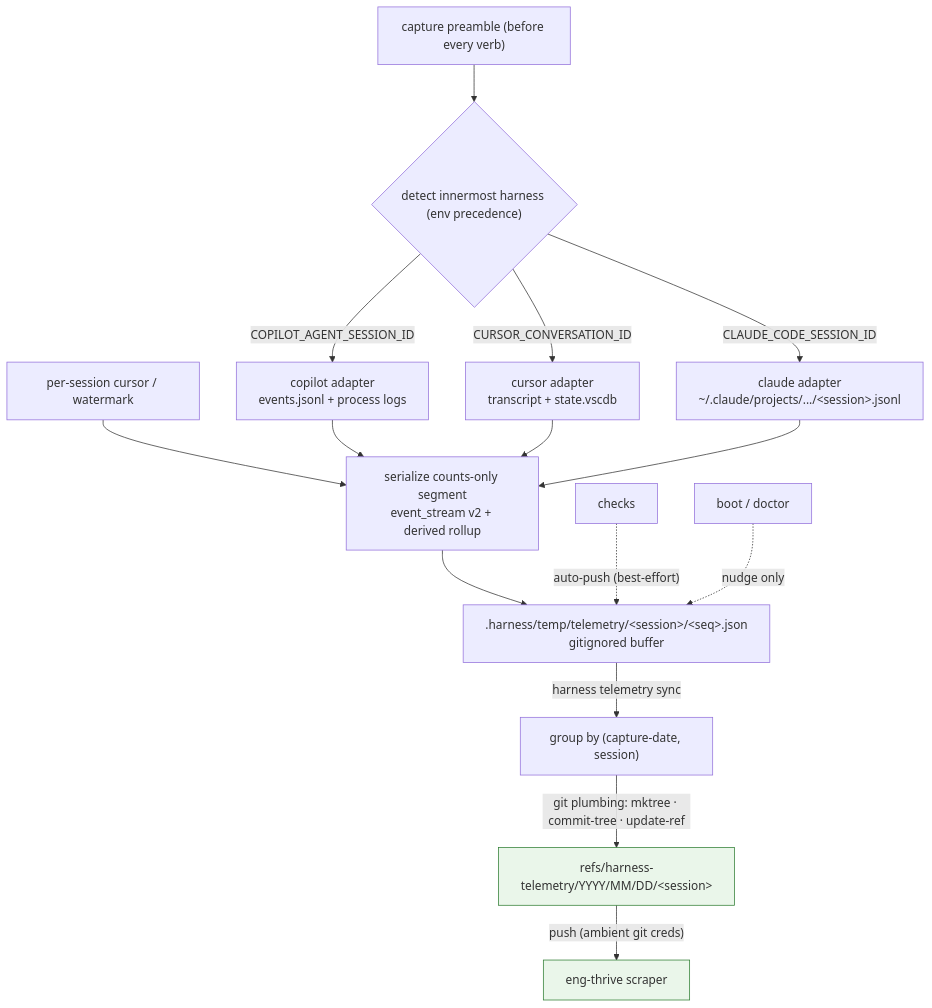
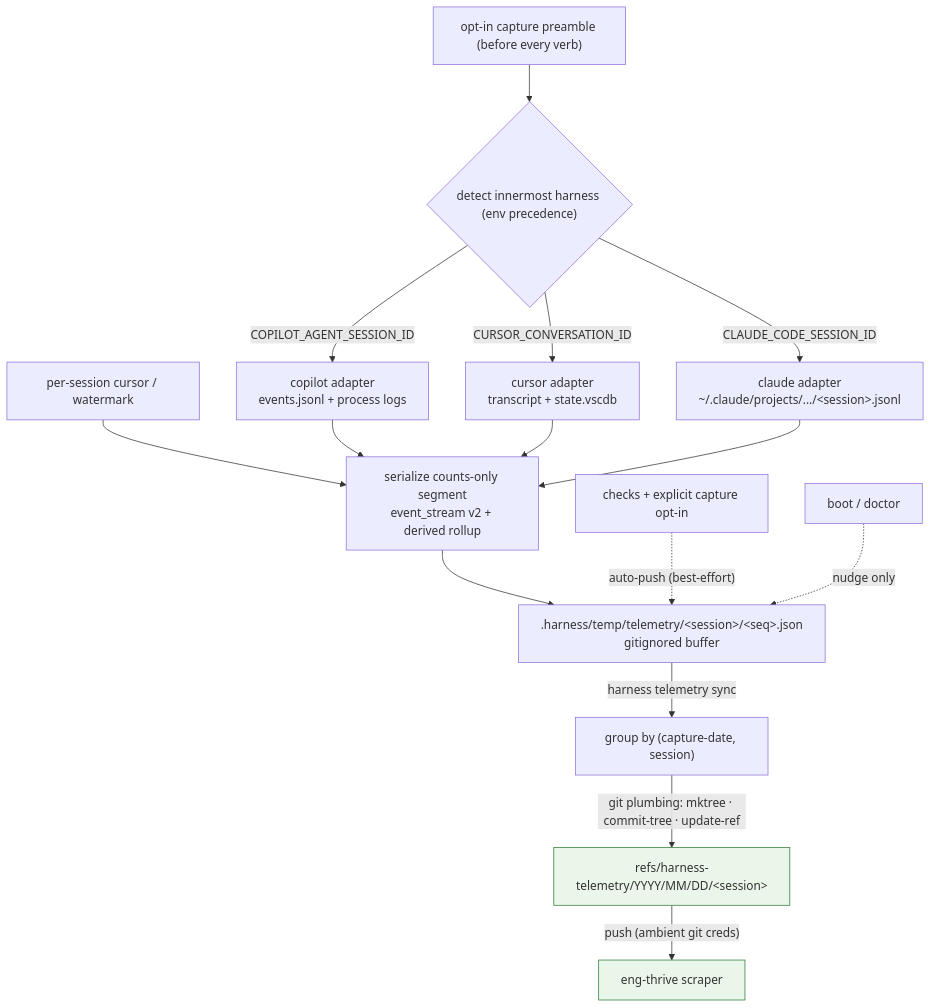
One commit to AI-Substrate/harness-engineering changed the sixth of 9 diagrams in docs/how/detailed-system-overview.md. Above: the diagram before and after it, drawn with Mermaid. The commit also changed other lines of this file and 14 other files, not shown here.

````diff
--- a/docs/how/detailed-system-overview.md
+++ b/docs/how/detailed-system-overview.md
@@ -309,22 +311,22 @@
 ```mermaid
 flowchart TD
-    PRE["capture preamble (before every verb)"]
+    PRE["opt-in capture preamble (before every verb)"]
     PRE --> DET{"detect innermost harness (env precedence)"}
     DET -->|"COPILOT_AGENT_SESSION_ID"| CO["copilot adapter<br/>events.jsonl + process logs"]
     DET -->|"CURSOR_CONVERSATION_ID"| CU["cursor adapter<br/>transcript + state.vscdb"]
     DET -->|"CLAUDE_CODE_SESSION_ID"| CL["claude adapter<br/>~/.claude/projects/.../&lt;session&gt;.jsonl"]
     WM["per-session cursor / watermark"] --> SEG
     CO --> SEG
     CU --> SEG
     CL --> SEG
     SEG["serialize counts-only segment<br/>event_stream v2 + derived rollup"]
     SEG --> BUF[".harness/temp/telemetry/&lt;session&gt;/&lt;seq&gt;.json<br/>gitignored buffer"]
     BUF -->|"harness telemetry sync"| SHARD["group by (capture-date, session)"]
     SHARD -->|"git plumbing: mktree · commit-tree · update-ref"| REF["refs/harness-telemetry/YYYY/MM/DD/&lt;session&gt;"]
     REF -->|"push (ambient git creds)"| SCR["eng-thrive scraper"]
-    CHK["checks"] -.->|"auto-push (best-effort)"| BUF
+    CHK["checks + explicit capture opt-in"] -.->|"auto-push (best-effort)"| BUF
     BD["boot / doctor"] -.->|"nudge only"| BUF
 
     classDef sink fill:#eaf6ea,stroke:#2e7d32;
     class REF,SCR sink;
 ```
````
